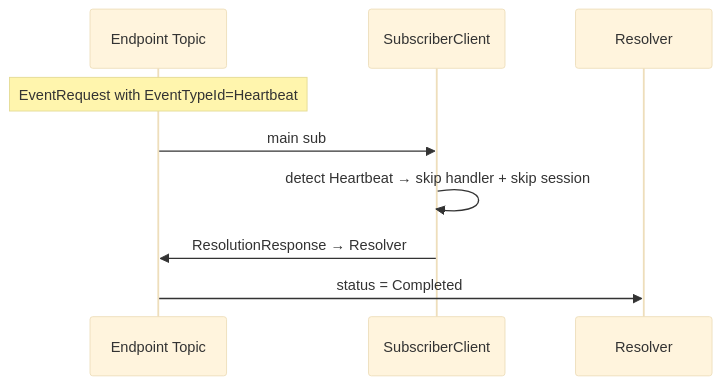
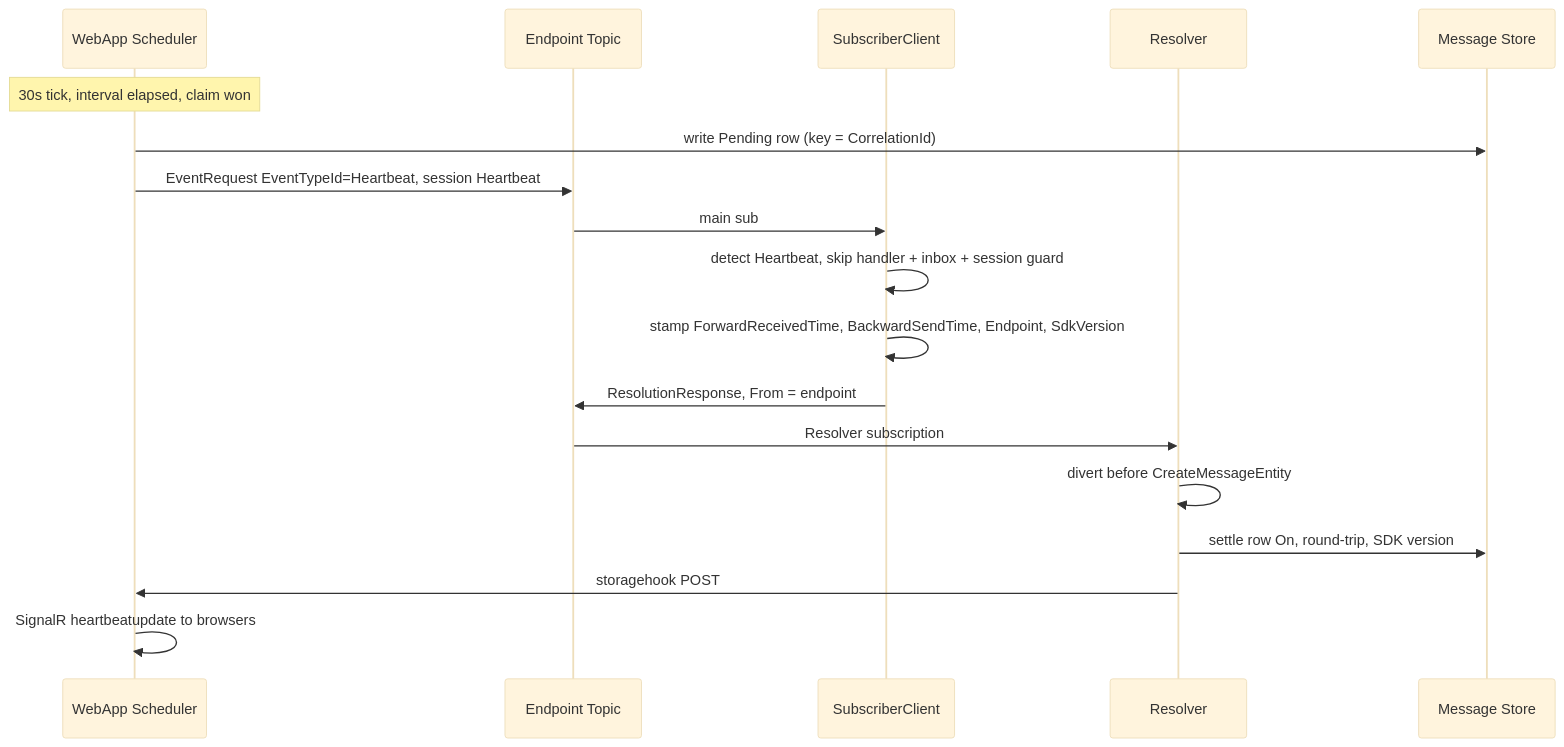
One commit to akakaule/NimBus changed the ninth of 15 diagrams in docs/message-flows.md. Above: the diagram before and after it, drawn with Mermaid (base theme). The commit also changed other lines of this file and 75 other files, not shown here.

First line of the commit message:
feat(heartbeat): port platform heartbeat and Resolver liveness from DIS

````diff
--- a/docs/message-flows.md
+++ b/docs/message-flows.md
@@ -223,12 +228,21 @@
 ```mermaid
 sequenceDiagram
+    participant Web as WebApp Scheduler
     participant Ep as Endpoint Topic
     participant Sub as SubscriberClient
     participant Res as Resolver
+    participant Store as Message Store
 
-    Note over Ep: EventRequest with EventTypeId=Heartbeat
+    Note over Web: 30s tick, interval elapsed, claim won
+    Web->>Store: write Pending row (key = CorrelationId)
+    Web->>Ep: EventRequest EventTypeId=Heartbeat, session Heartbeat
     Ep->>Sub: main sub
-    Sub->>Sub: detect Heartbeat → skip handler + skip session
-    Sub->>Ep: ResolutionResponse → Resolver
-    Ep->>Res: status = Completed
+    Sub->>Sub: detect Heartbeat, skip handler + inbox + session guard
+    Sub->>Sub: stamp ForwardReceivedTime, BackwardSendTime, Endpoint, SdkVersion
+    Sub->>Ep: ResolutionResponse, From = endpoint
+    Ep->>Res: Resolver subscription
+    Res->>Res: divert before CreateMessageEntity
+    Res->>Store: settle row On, round-trip, SDK version
+    Res->>Web: storagehook POST
+    Web->>Web: SignalR heartbeatupdate to browsers
 ```
````
